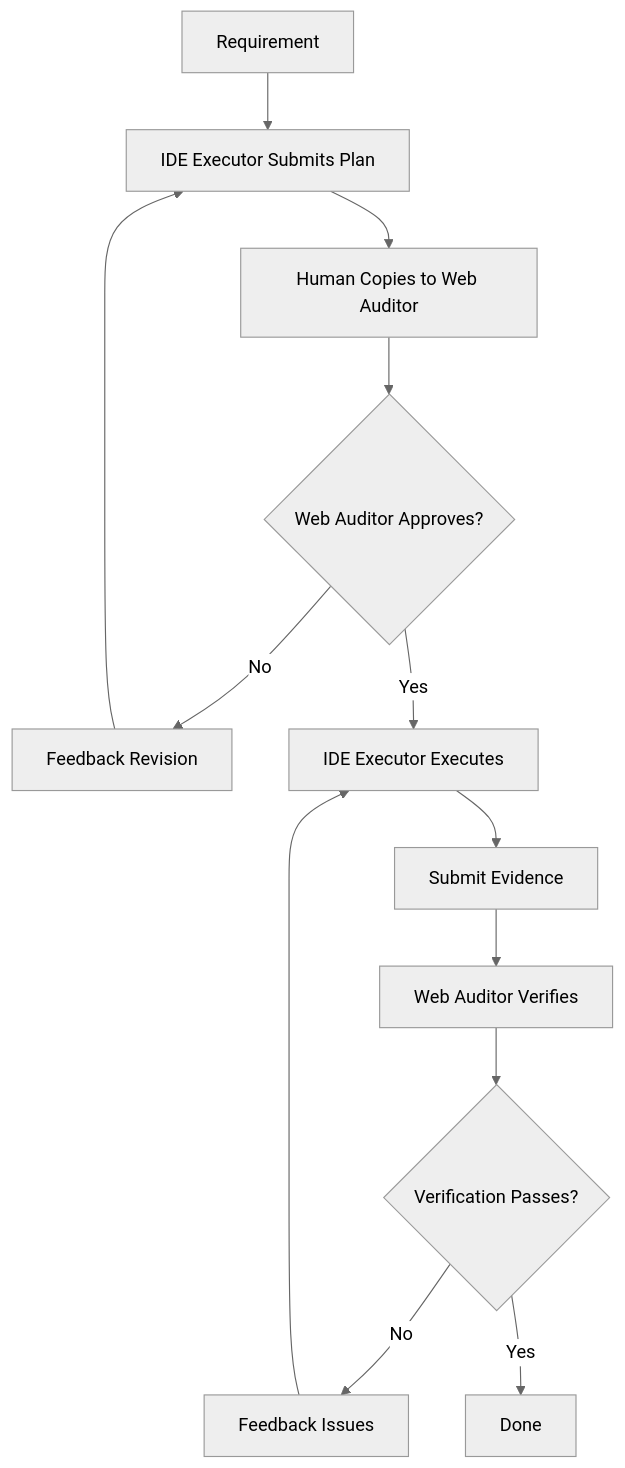
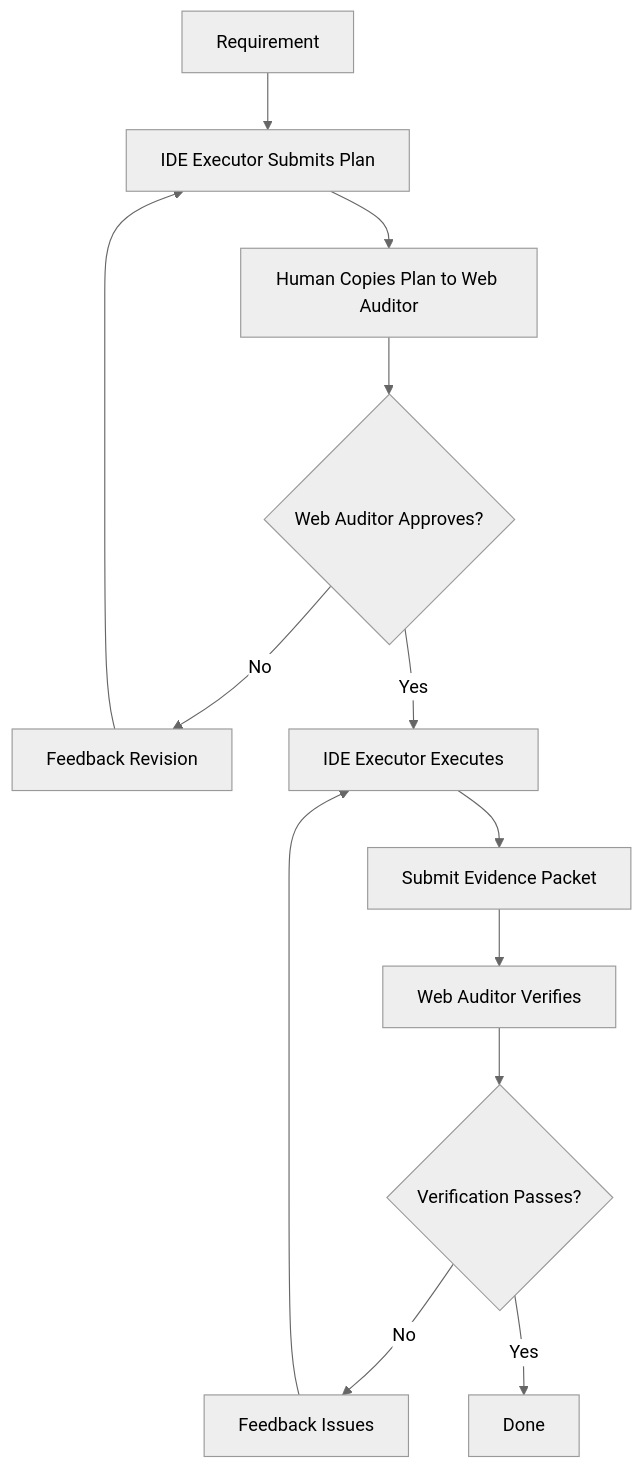
Before and after one commit to blackzhanzhan/Cyber-Ming-Protocol: the second of 2 diagrams in README.md, drawn with Mermaid (neutral theme). The commit also changed other lines of this file and 31 other files, not shown here.

````diff
--- a/README.md
+++ b/README.md
@@ -291,15 +317,15 @@
 ```mermaid
 graph TD
     A[Requirement] --> B[IDE Executor Submits Plan]
-    B --> C[Human Copies to Web Auditor]
+    B --> C[Human Copies Plan to Web Auditor]
     C --> D{Web Auditor Approves?}
     D -->|No| E[Feedback Revision]
     E --> B
     D -->|Yes| F[IDE Executor Executes]
-    F --> G[Submit Evidence]
+    F --> G[Submit Evidence Packet]
     G --> H[Web Auditor Verifies]
     H --> I{Verification Passes?}
     I -->|No| J[Feedback Issues]
     J --> F
     I -->|Yes| K[Done]
 ```
````
